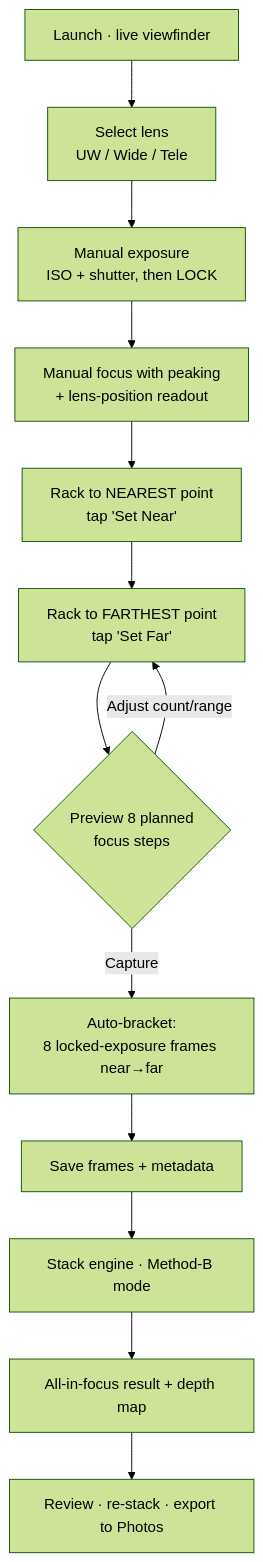
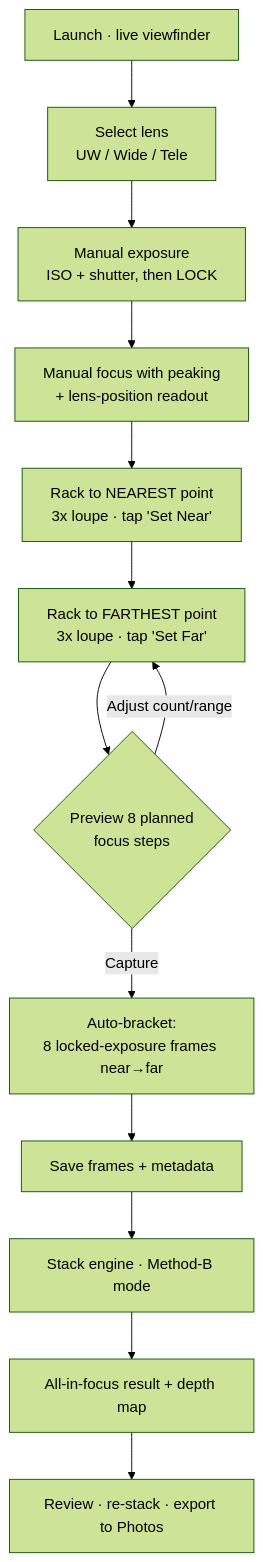
Before and after one commit to LAW210/filesremote: the first of 2 diagrams in docs/focus-stack-ios/BLUEPRINT.md, drawn with Mermaid (forest theme). The commit also changed other lines of this file, not shown here.

First line of the commit message:
Blueprint: add 3x focus loupe, confirm inclusive endpoints, defer diopter spacing

````diff
--- a/docs/focus-stack-ios/BLUEPRINT.md
+++ b/docs/focus-stack-ios/BLUEPRINT.md
@@ -85,15 +85,15 @@
 ```mermaid
 flowchart TD
     A[Launch · live viewfinder] --> B[Select lens<br/>UW / Wide / Tele]
     B --> C[Manual exposure<br/>ISO + shutter, then LOCK]
     C --> D[Manual focus with peaking<br/>+ lens-position readout]
-    D --> E[Rack to NEAREST point<br/>tap 'Set Near']
-    E --> F[Rack to FARTHEST point<br/>tap 'Set Far']
+    D --> E[Rack to NEAREST point<br/>3x loupe · tap 'Set Near']
+    E --> F[Rack to FARTHEST point<br/>3x loupe · tap 'Set Far']
     F --> G{Preview 8 planned<br/>focus steps}
     G -->|Adjust count/range| F
     G -->|Capture| H[Auto-bracket:<br/>8 locked-exposure frames near→far]
     H --> I[Save frames + metadata]
     I --> J[Stack engine · Method-B mode]
     J --> K[All-in-focus result + depth map]
     K --> L[Review · re-stack · export to Photos]
 ```
````
